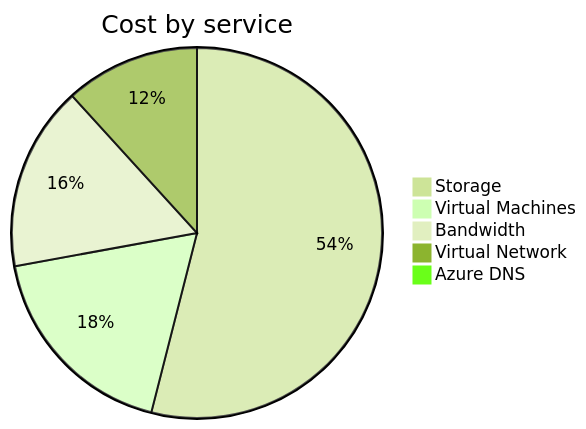
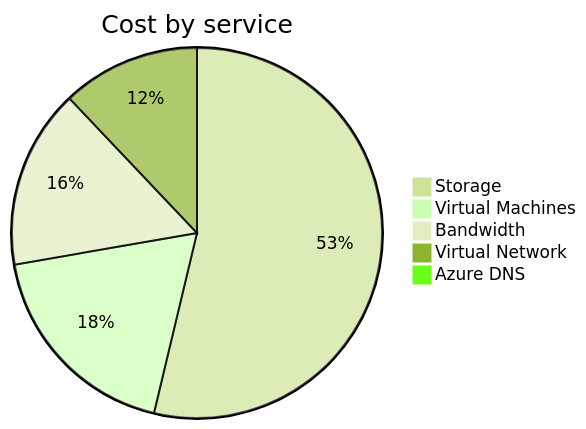
The second of 4 diagrams in cost-reports/personal-network/README.md (jpfulton/azure-personal-reports), drawn with Mermaid (forest theme) before and after one commit. The commit also changed other lines of this file and 8 other files, not shown here.

````diff
--- a/cost-reports/personal-network/README.md
+++ b/cost-reports/personal-network/README.md
@@ -99,9 +99,9 @@
 ```mermaid
 pie
    title Cost by service
-   "Storage" : 8.77
-   "Virtual Machines" : 2.95
-   "Bandwidth" : 2.62
-   "Virtual Network" : 1.91
-   "Azure DNS" : 0.13
+   "Storage" : 9.57
+   "Virtual Machines" : 3.30
+   "Bandwidth" : 2.79
+   "Virtual Network" : 2.15
+   "Azure DNS" : 0.14
 ```
````
